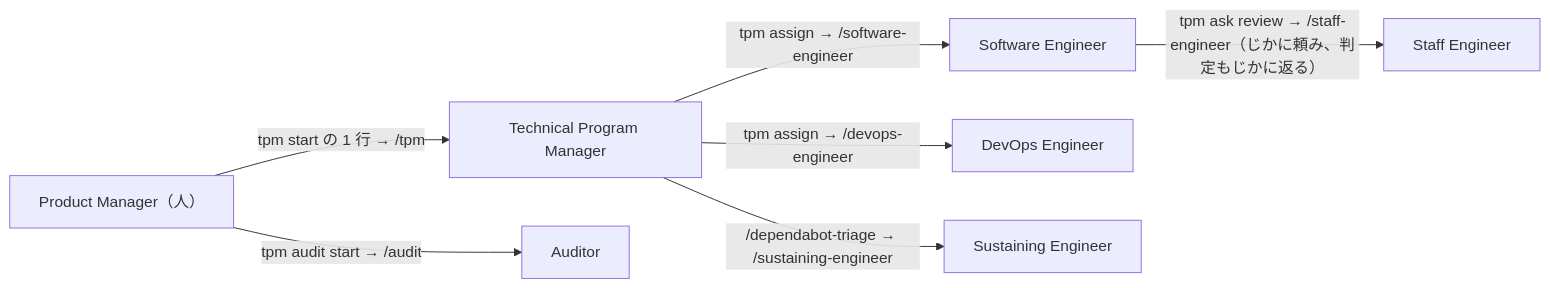
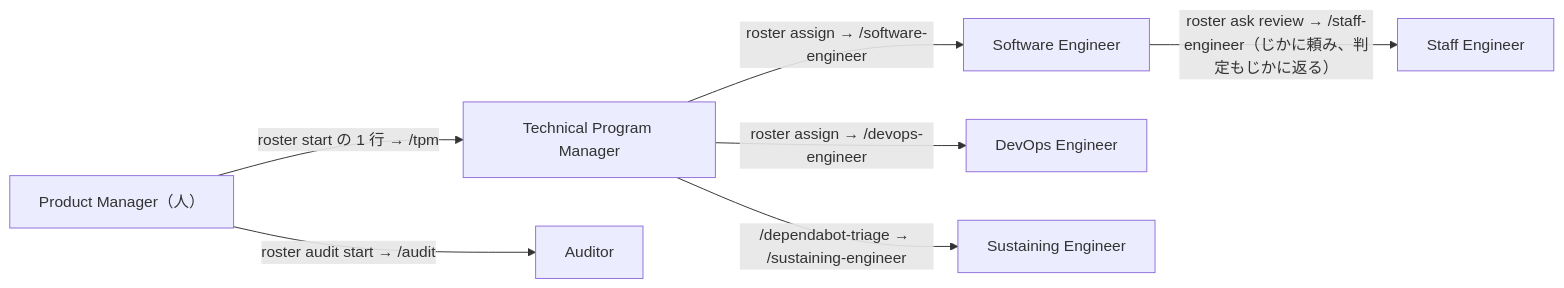
One commit to uraitakahito/roster changed the diagram in docs-site/src/content/docs/index.md. Above: the diagram before and after it, drawn with Mermaid. The commit also changed other lines of this file and 110 other files, not shown here.

First line of the commit message:
feat: 道具の名を tpm から roster に替える（t-v28j）

````diff
--- a/docs-site/src/content/docs/index.md
+++ b/docs-site/src/content/docs/index.md
@@ -12,9 +12,9 @@
 ```mermaid
 flowchart LR
-  PM["Product Manager（人）"] -->|"tpm start の 1 行 → /tpm"| TPM["Technical Program Manager"]
-  TPM -->|"tpm assign → /software-engineer"| SE["Software Engineer"]
-  TPM -->|"tpm assign → /devops-engineer"| DE["DevOps Engineer"]
-  SE -->|"tpm ask review → /staff-engineer（じかに頼み、判定もじかに返る）"| ST["Staff Engineer"]
+  PM["Product Manager（人）"] -->|"roster start の 1 行 → /tpm"| TPM["Technical Program Manager"]
+  TPM -->|"roster assign → /software-engineer"| SE["Software Engineer"]
+  TPM -->|"roster assign → /devops-engineer"| DE["DevOps Engineer"]
+  SE -->|"roster ask review → /staff-engineer（じかに頼み、判定もじかに返る）"| ST["Staff Engineer"]
   TPM -->|"/dependabot-triage → /sustaining-engineer"| SU["Sustaining Engineer"]
-  PM -->|"tpm audit start → /audit"| AU["Auditor"]
+  PM -->|"roster audit start → /audit"| AU["Auditor"]
 ```
````
